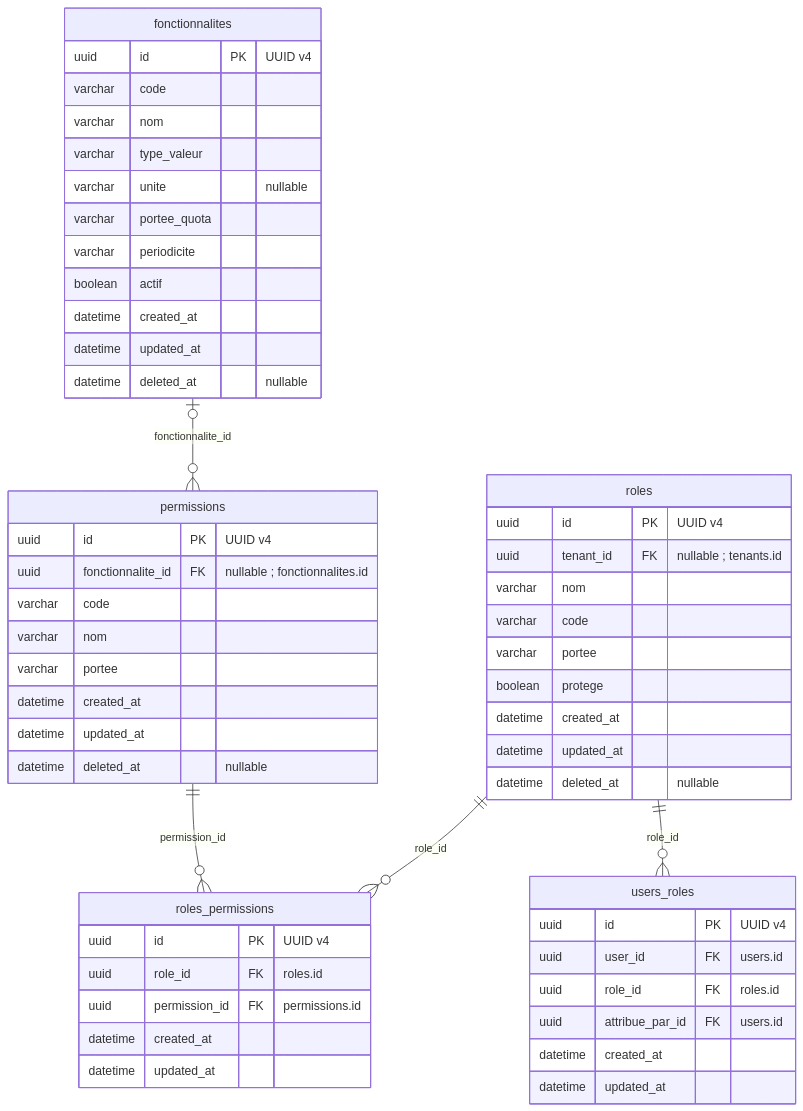
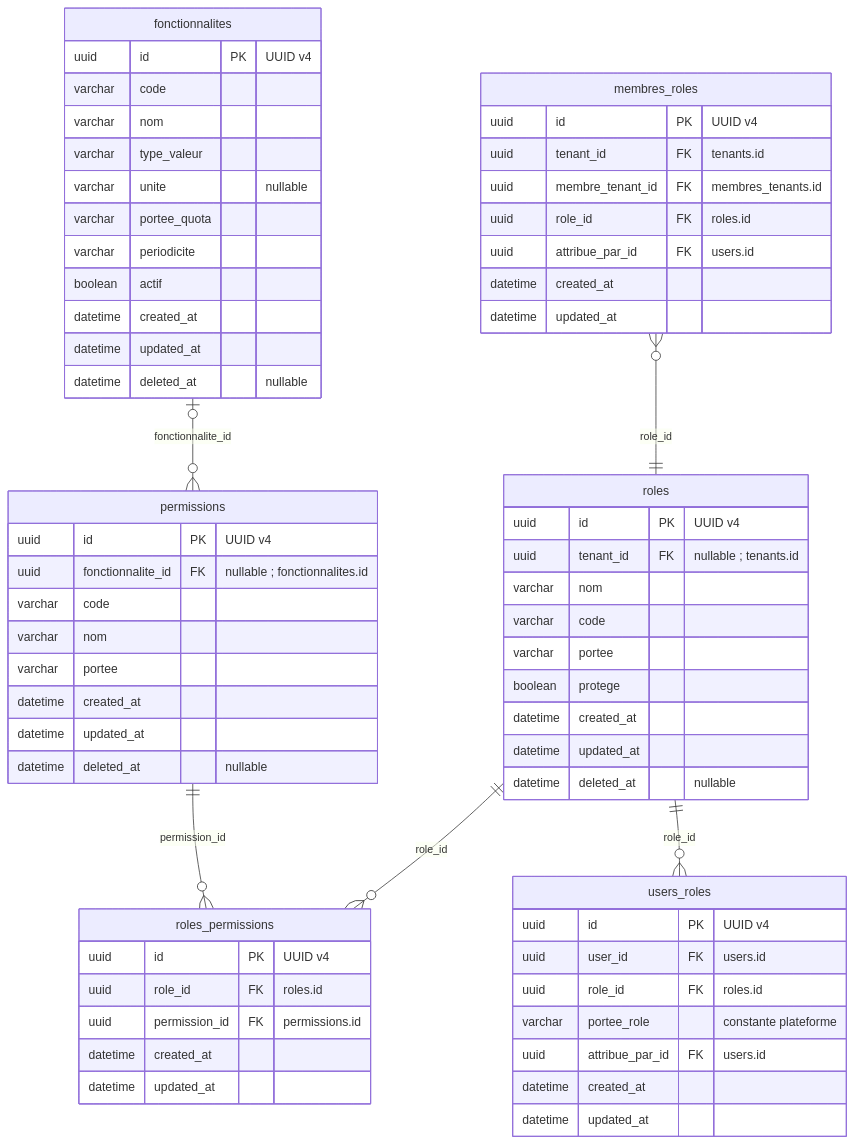
One commit to unitealfa/saas-ecom changed the second of 26 diagrams in Schema-BDD-SaaS-Ecommerce-UUID.md. Above: the diagram before and after it, drawn with Mermaid. The commit also changed other lines of this file, not shown here.

````diff
--- a/Schema-BDD-SaaS-Ecommerce-UUID.md
+++ b/Schema-BDD-SaaS-Ecommerce-UUID.md
@@ -162,57 +167,68 @@
 ```mermaid
 erDiagram
     direction TB
     fonctionnalites {
         uuid id PK "UUID v4"
         varchar code
         varchar nom
         varchar type_valeur
         varchar unite "nullable"
         varchar portee_quota
         varchar periodicite
         boolean actif
         datetime created_at
         datetime updated_at
         datetime deleted_at "nullable"
     }
     permissions {
         uuid id PK "UUID v4"
         uuid fonctionnalite_id FK "nullable ; fonctionnalites.id"
         varchar code
         varchar nom
         varchar portee
         datetime created_at
         datetime updated_at
         datetime deleted_at "nullable"
     }
     roles {
         uuid id PK "UUID v4"
         uuid tenant_id FK "nullable ; tenants.id"
         varchar nom
         varchar code
         varchar portee
         boolean protege
         datetime created_at
         datetime updated_at
         datetime deleted_at "nullable"
     }
     roles_permissions {
         uuid id PK "UUID v4"
         uuid role_id FK "roles.id"
         uuid permission_id FK "permissions.id"
         datetime created_at
         datetime updated_at
     }
     users_roles {
         uuid id PK "UUID v4"
         uuid user_id FK "users.id"
         uuid role_id FK "roles.id"
+        varchar portee_role "constante plateforme"
         uuid attribue_par_id FK "users.id"
         datetime created_at
         datetime updated_at
     }
+    membres_roles {
+        uuid id PK "UUID v4"
+        uuid tenant_id FK "tenants.id"
+        uuid membre_tenant_id FK "membres_tenants.id"
+        uuid role_id FK "roles.id"
+        uuid attribue_par_id FK "users.id"
+        datetime created_at
+        datetime updated_at
+    }
+    membres_roles }o--|| roles : role_id
     fonctionnalites |o--o{ permissions : fonctionnalite_id
     roles ||--o{ roles_permissions : role_id
     permissions ||--o{ roles_permissions : permission_id
     roles ||--o{ users_roles : role_id
 ```
````
